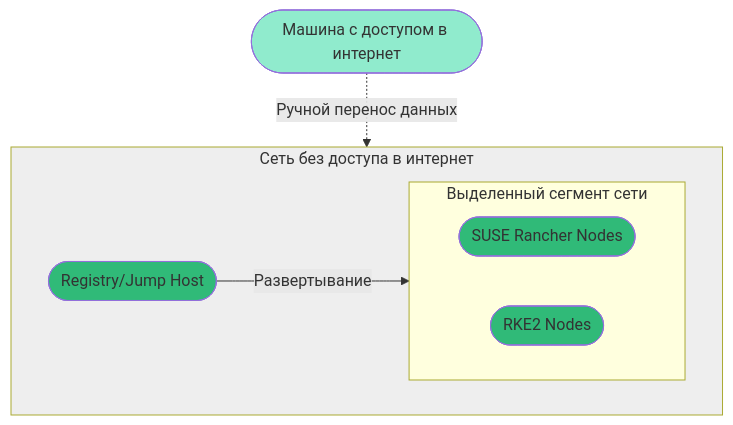
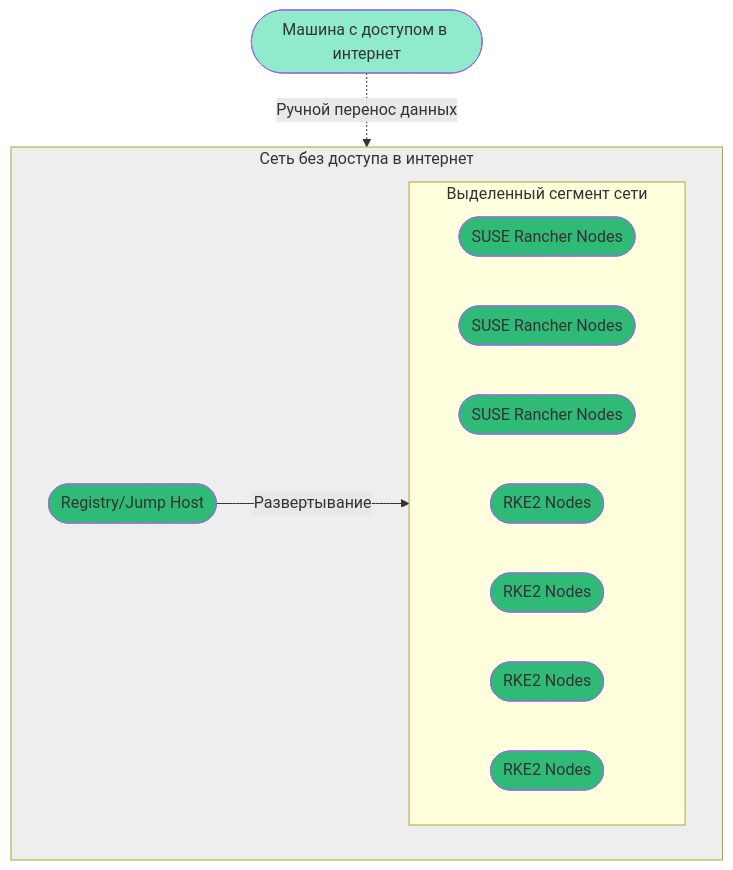
One commit to ppzhukov/airgap-10.2022 changed the diagram in README.md. Above: the diagram before and after it, drawn with Mermaid.

````diff
--- a/README.md
+++ b/README.md
@@ -5,21 +5,31 @@
 ```mermaid
 flowchart TB
 style id1 fill:#90EBCD
 style id2 fill:#30BA78
 style id3 fill:#30BA78
+style id31 fill:#30BA78
+style id32 fill:#30BA78
 style id4 fill:#30BA78
+style id41 fill:#30BA78
+style id42 fill:#30BA78
+style id43 fill:#30BA78
 style d10 fill:#EEEEEE
 
   id1([Машина с доступом в интернет])
   id1 -.Ручной перенос данных.-> id2  
   subgraph d10 ["Сеть без доступа в интернет"]
     direction LR
     id2(["Registry/Jump Host"])
     id2 --> |Развертывание| d30
     subgraph d30 ["Выделенный сегмент сети"]
       direction LR
       id3([SUSE Rancher Nodes])
+      id31([SUSE Rancher Nodes])
+      id32([SUSE Rancher Nodes])
       id4([RKE2 Nodes])
+      id41([RKE2 Nodes])
+      id42([RKE2 Nodes])
+      id43([RKE2 Nodes])
     end
   end
 ```
````
